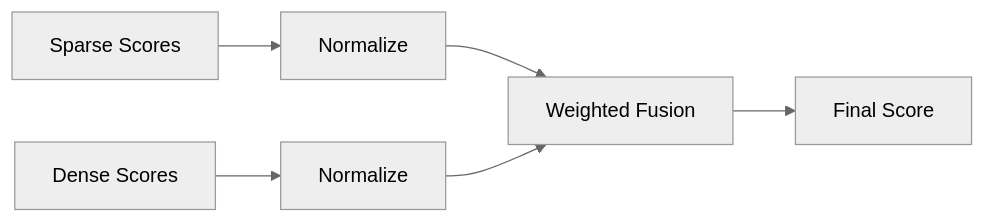
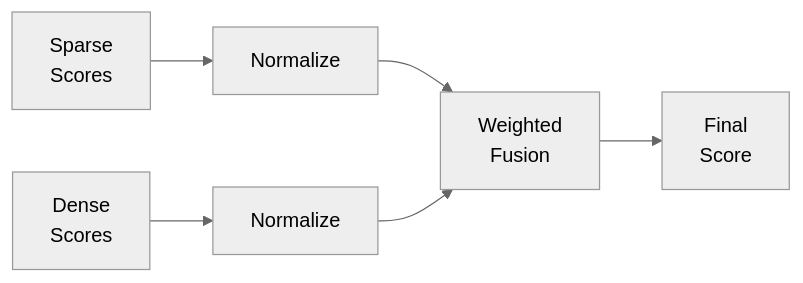
The sixth of 14 diagrams in docs/architecture-insights/genai-and-rag/3.4_engineering_hybrid_retrieval_sparse_dense.md (MihirKJha/enterprise-ai-blog), drawn with Mermaid (neutral theme) before and after one commit. The commit also changed other lines of this file, not shown here.

First line of the commit message:
Updated 3.5_architecting_multi_stage_retrieval_from_recall_to_precision.md

````diff
--- a/docs/architecture-insights/genai-and-rag/3.4_engineering_hybrid_retrieval_sparse_dense.md
+++ b/docs/architecture-insights/genai-and-rag/3.4_engineering_hybrid_retrieval_sparse_dense.md
@@ -214,8 +214,8 @@
 ```mermaid
 graph LR
-    S[Sparse Scores] --> N1[Normalize]
-    D[Dense Scores] --> N2[Normalize]
-    N1 --> F[Weighted Fusion]
+    S[Sparse<br/>Scores] --> N1[Normalize]
+    D[Dense<br/>Scores] --> N2[Normalize]
+    N1 --> F[Weighted<br/>Fusion]
     N2 --> F
-    F --> R[Final Score]
+    F --> R[Final<br/>Score]
 ```
````
